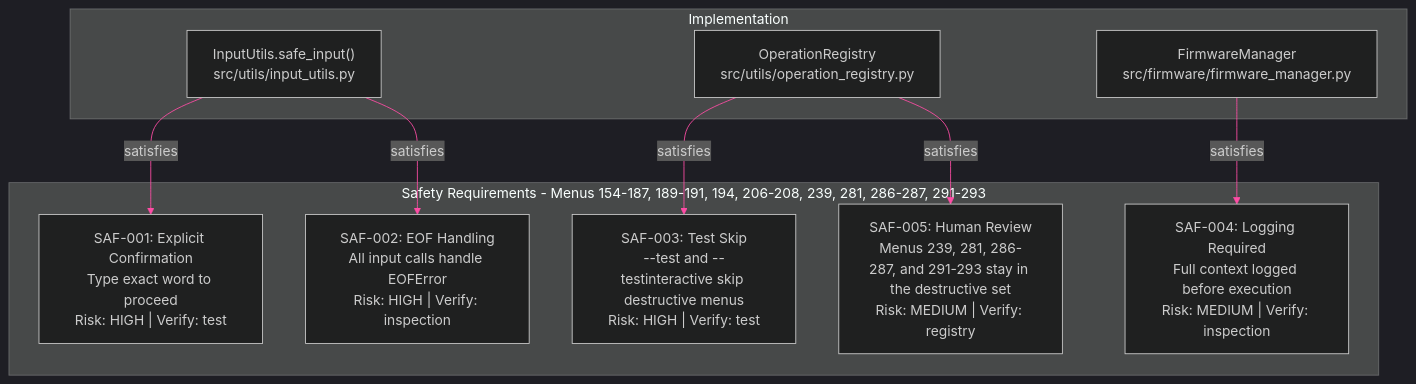
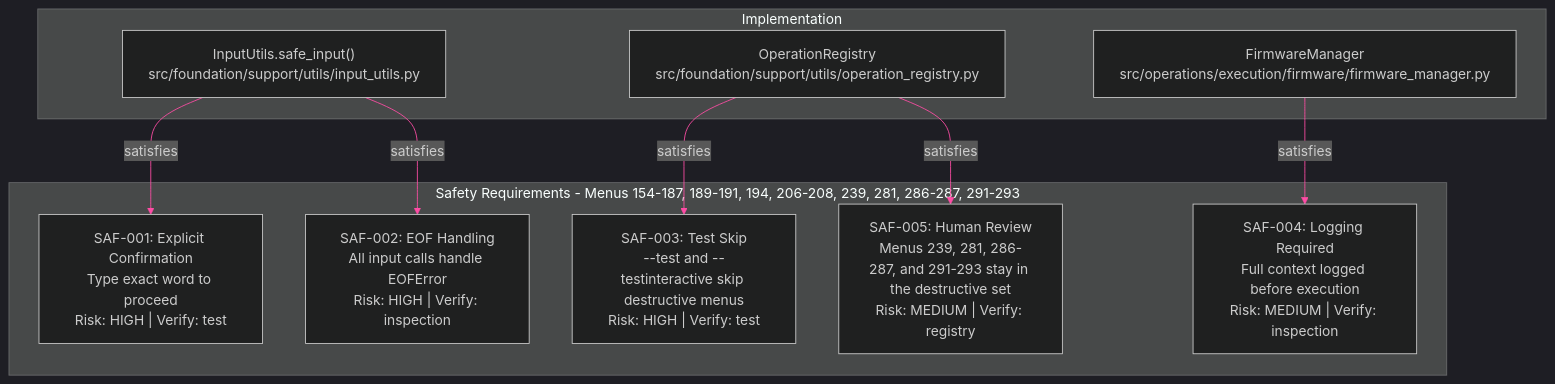
Before and after one commit to jmorrison-juniper/MistHelper: the third of 3 diagrams in documentation/diagrams/operations/operations-reference.md, drawn with Mermaid. The commit also changed 3257 other files, not shown here.

````diff
--- a/documentation/diagrams/operations/operations-reference.md
+++ b/documentation/diagrams/operations/operations-reference.md
@@ -96,31 +96,31 @@
 ```mermaid
 %%{init: {'theme': 'dark', 'themeVariables': {
   'primaryColor': '#E20074',
   'primaryTextColor': '#E0E0E0',
   'primaryBorderColor': '#99004D',
   'lineColor': '#FF4DA6',
   'secondaryColor': '#16213E',
   'tertiaryColor': '#1A1A2E',
   'fontFamily': 'ui-monospace, monospace'
 }}}%%
 flowchart TB
     subgraph requirements["Safety Requirements - Menus 154-187, 189-191, 194, 206-208, 239, 281, 286-287, 291-293"]
         SAF001["SAF-001: Explicit Confirmation<br/>Type exact word to proceed<br/>Risk: HIGH | Verify: test"]
         SAF002["SAF-002: EOF Handling<br/>All input calls handle EOFError<br/>Risk: HIGH | Verify: inspection"]
         SAF003["SAF-003: Test Skip<br/>--test and --testinteractive skip destructive menus<br/>Risk: HIGH | Verify: test"]
         SAF004["SAF-004: Logging Required<br/>Full context logged before execution<br/>Risk: MEDIUM | Verify: inspection"]
         SAF005["SAF-005: Human Review<br/>Menus 239, 281, 286-287, and 291-293 stay in the destructive set<br/>Risk: MEDIUM | Verify: registry"]
     end
 
     subgraph impl["Implementation"]
-        si["InputUtils.safe_input()<br/>src/utils/input_utils.py"]
-        registry["OperationRegistry<br/>src/utils/operation_registry.py"]
-        fm["FirmwareManager<br/>src/firmware/firmware_manager.py"]
+        si["InputUtils.safe_input()<br/>src/foundation/support/utils/input_utils.py"]
+        registry["OperationRegistry<br/>src/foundation/support/utils/operation_registry.py"]
+        fm["FirmwareManager<br/>src/operations/execution/firmware/firmware_manager.py"]
     end
 
     si -->|satisfies| SAF001
     si -->|satisfies| SAF002
     registry -->|satisfies| SAF003
     registry -->|satisfies| SAF005
     fm -->|satisfies| SAF004
 ```
````
